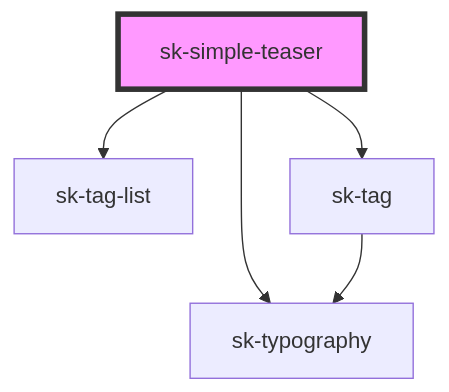
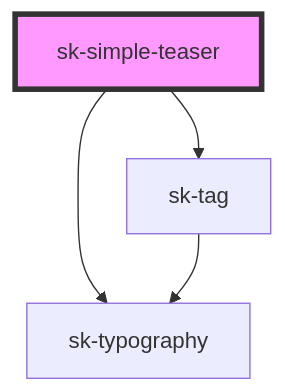
One commit to simonknittel/components changed the diagram in stencil/src/components/simple-teaser/readme.md. Above: the diagram before and after it, drawn with Mermaid. The commit also changed other lines of this file and 12 other files, not shown here.

Commit message:
Remove sk-tag-list; Mark sk-simple-teaser as depreacted; Fix spacing between tags for sk-simple-teaser and sk-slanted-teaser

````diff
--- a/stencil/src/components/simple-teaser/readme.md
+++ b/stencil/src/components/simple-teaser/readme.md
@@ -30,8 +29,7 @@
 ```mermaid
 graph TD;
   sk-simple-teaser --> sk-typography
-  sk-simple-teaser --> sk-tag-list
   sk-simple-teaser --> sk-tag
   sk-tag --> sk-typography
   style sk-simple-teaser fill:#f9f,stroke:#333,stroke-width:4px
 ```
````
